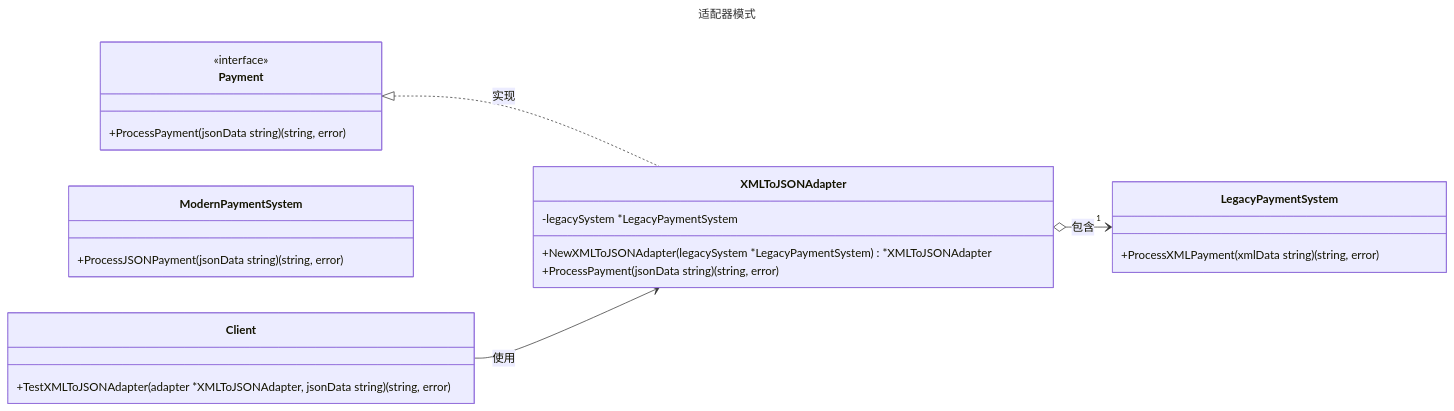
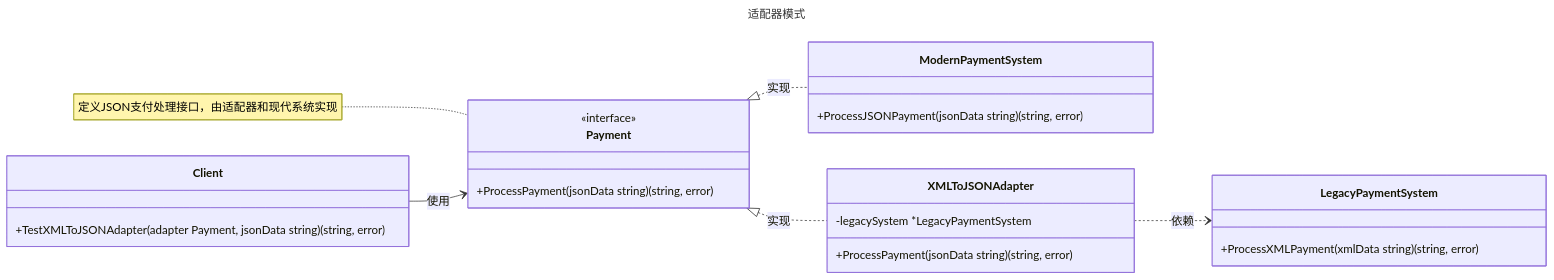
One commit to magicgopher/magicgopher-blog changed the diagram in docs/zh/后端/01-Golang/03-Golang设计模式/09-适配器模式.md. Above: the diagram before and after it, drawn with Mermaid. The commit also changed other lines of this file and 15 other files, not shown here.

````diff
--- a/docs/zh/后端/01-Golang/03-Golang设计模式/09-适配器模式.md
+++ b/docs/zh/后端/01-Golang/03-Golang设计模式/09-适配器模式.md
@@ -30,42 +30,43 @@
 ```mermaid
 ---
 title: 适配器模式
 ---
 classDiagram
     direction LR
 
     %% 目标接口（Payment）：定义客户端期望的JSON支付接口
     class Payment {
         <<interface>>
         +ProcessPayment(jsonData string) (string, error)
     }
+    note for Payment "定义JSON支付处理接口，由适配器和现代系统实现"
 
     %% 旧版支付系统（LegacyPaymentSystem）：处理XML格式的支付请求
     class LegacyPaymentSystem {
         +ProcessXMLPayment(xmlData string) (string, error)
     }
 
     %% 新版支付系统（ModernPaymentSystem）：处理JSON格式的支付请求
     class ModernPaymentSystem {
         +ProcessJSONPayment(jsonData string) (string, error)
     }
 
     %% 适配器（XMLToJSONAdapter）：将旧版XML支付系统适配为JSON支付接口
     class XMLToJSONAdapter {
         -legacySystem *LegacyPaymentSystem
-        +NewXMLToJSONAdapter(legacySystem *LegacyPaymentSystem) *XMLToJSONAdapter
         +ProcessPayment(jsonData string) (string, error)
     }
 
     %% 客户端（Client）：模拟客户端调用适配器处理JSON支付请求
     class Client {
-        +TestXMLToJSONAdapter(adapter *XMLToJSONAdapter, jsonData string) (string, error)
+        +TestXMLToJSONAdapter(adapter Payment, jsonData string) (string, error)
     }
 
     %% 适配器实现目标接口
     Payment <|.. XMLToJSONAdapter : 实现
-    %% 适配器组合一个旧版支付系统实例
-    XMLToJSONAdapter o--> "1" LegacyPaymentSystem : 包含
-    %% 客户端通过适配器调用支付功能
-    Client --> XMLToJSONAdapter : 使用
+    Payment <|.. ModernPaymentSystem : 实现
+    %% 适配器依赖旧版支付系统实例
+    XMLToJSONAdapter ..> LegacyPaymentSystem : 依赖
+    %% 客户端通过目标接口调用支付功能
+    Client --> Payment : 使用
 ```
````
